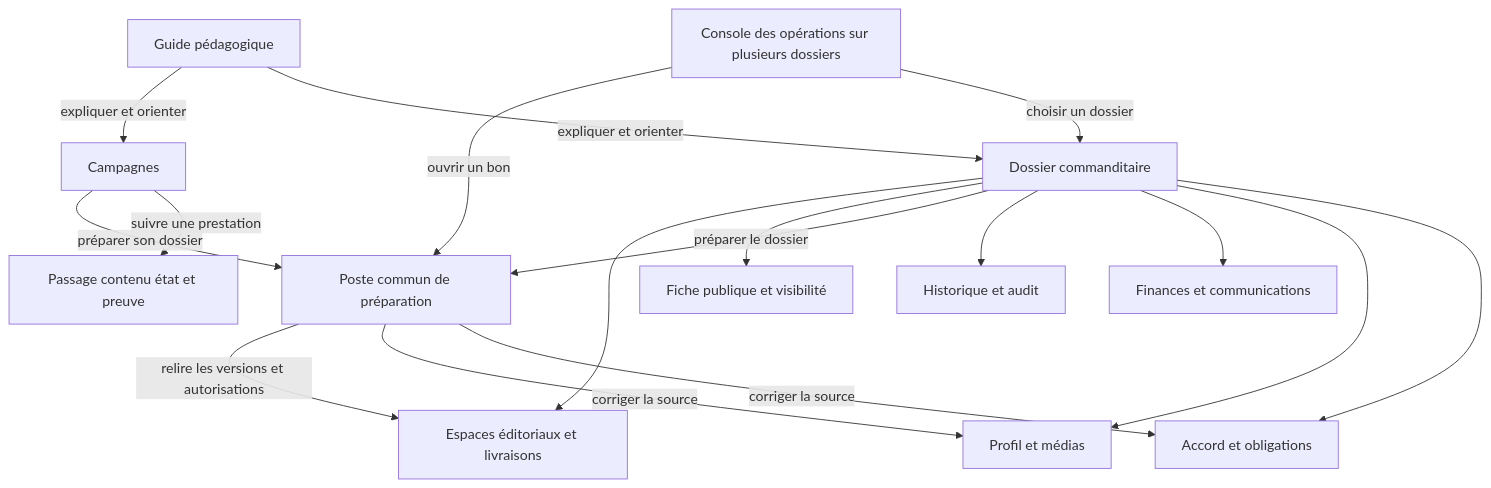
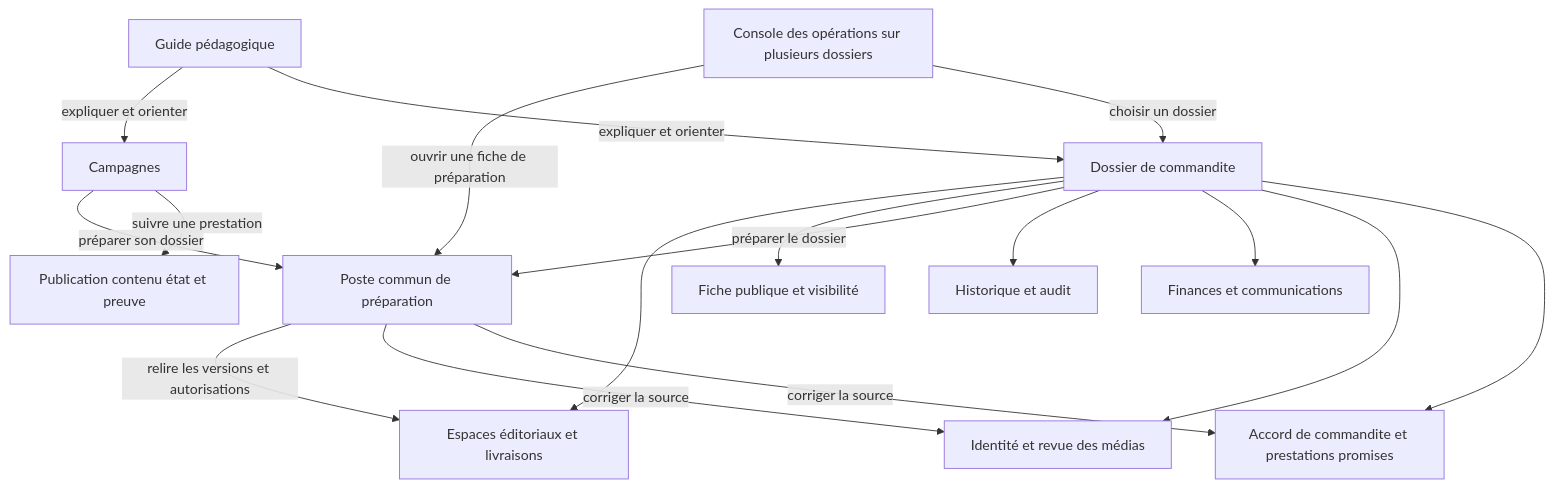
One commit to OpenG7/openg7-funding-platform changed the diagram in docs/development/admin-operations-blueprint.md. Above: the diagram before and after it, drawn with Mermaid. The commit also changed other lines of this file and 62 other files, not shown here.

````diff
--- a/docs/development/admin-operations-blueprint.md
+++ b/docs/development/admin-operations-blueprint.md
@@ -182,19 +251,19 @@
 ```mermaid
 flowchart TB
-  G[Guide pédagogique] -->|expliquer et orienter| D[Dossier commanditaire]
+  G[Guide pédagogique] -->|expliquer et orienter| D[Dossier de commandite]
   G -->|expliquer et orienter| C[Campagnes]
   O[Console des opérations sur plusieurs dossiers] -->|choisir un dossier| D
-  O -->|ouvrir un bon| P[Poste commun de préparation]
-  D --> A[Accord et obligations]
-  D --> M[Profil et médias]
+  O -->|ouvrir une fiche de préparation| P[Poste commun de préparation]
+  D --> A[Accord de commandite et prestations promises]
+  D --> M[Identité et revue des médias]
   D --> F[Finances et communications]
   D --> H[Historique et audit]
   D -->|préparer le dossier| P
-  C -->|suivre une prestation| L[Passage contenu état et preuve]
+  C -->|suivre une prestation| L[Publication contenu état et preuve]
   C -->|préparer son dossier| P
   P -->|corriger la source| A
   P -->|corriger la source| M
   P -->|relire les versions et autorisations| E[Espaces éditoriaux et livraisons]
   D --> V[Fiche publique et visibilité]
   D --> E
 ```
````
